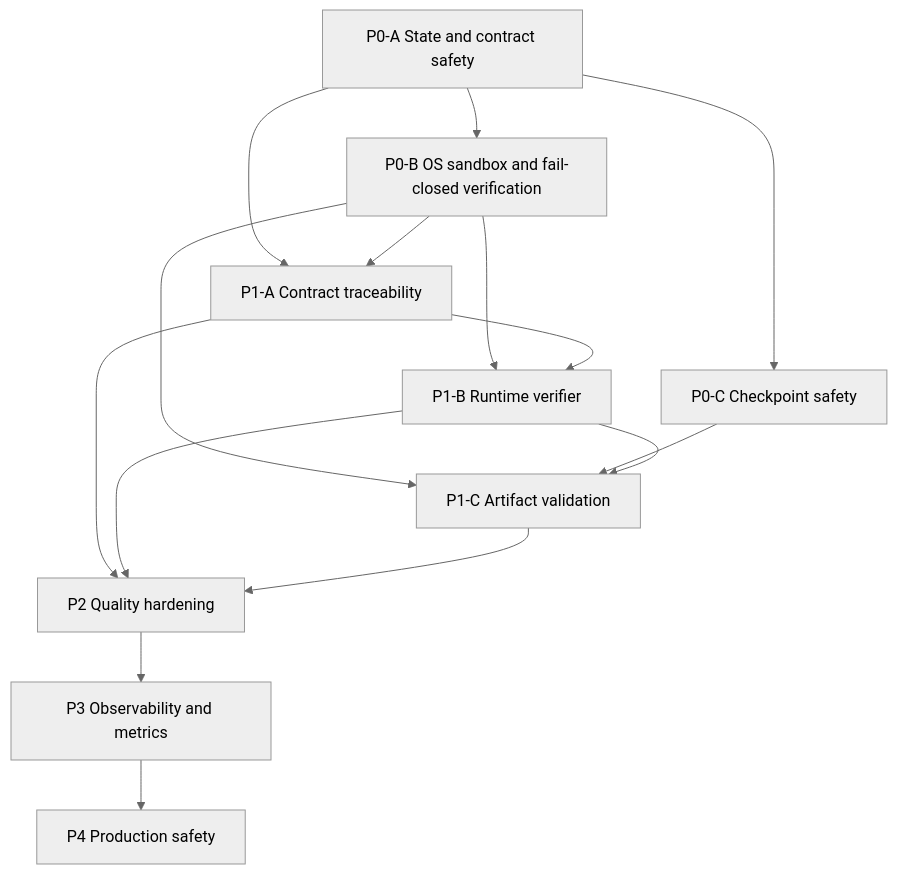
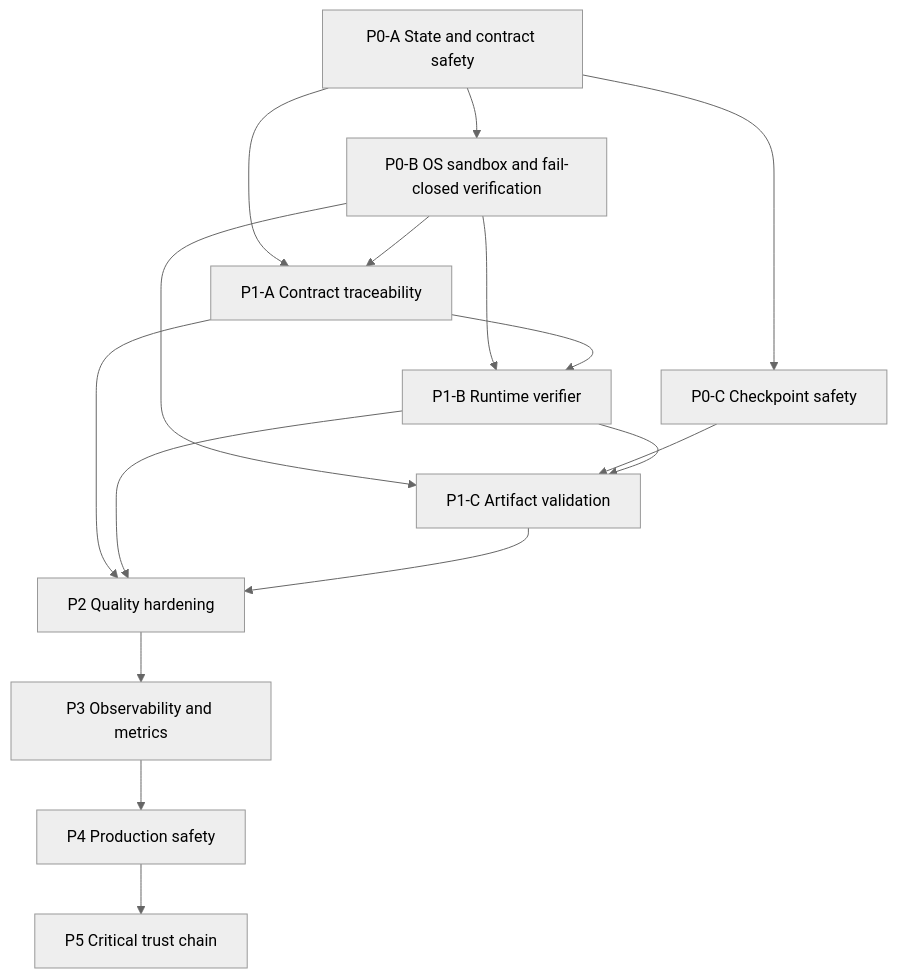
Before and after one commit to sirrakadembasti/xfactor: the diagram in implementation-plans/00-MASTER-EXECUTION-PLAN.md, drawn with Mermaid (neutral theme). The commit also changed other lines of this file and 7 other files, not shown here.

Commit message:
docs: record verified P5 trust chain

````diff
--- a/implementation-plans/00-MASTER-EXECUTION-PLAN.md
+++ b/implementation-plans/00-MASTER-EXECUTION-PLAN.md
@@ -36,17 +36,18 @@
 ```mermaid
 flowchart TD
     A[P0-A State and contract safety] --> B[P0-B OS sandbox and fail-closed verification]
     A --> C[P0-C Checkpoint safety]
     A --> D[P1-A Contract traceability]
     B --> D
     B --> E[P1-B Runtime verifier]
     D --> E
     B --> F[P1-C Artifact validation]
     C --> F
     E --> F
     D --> G[P2 Quality hardening]
     E --> G
     F --> G
     G --> H[P3 Observability and metrics]
     H --> I[P4 Production safety]
+    I --> J[P5 Critical trust chain]
 ```
````
